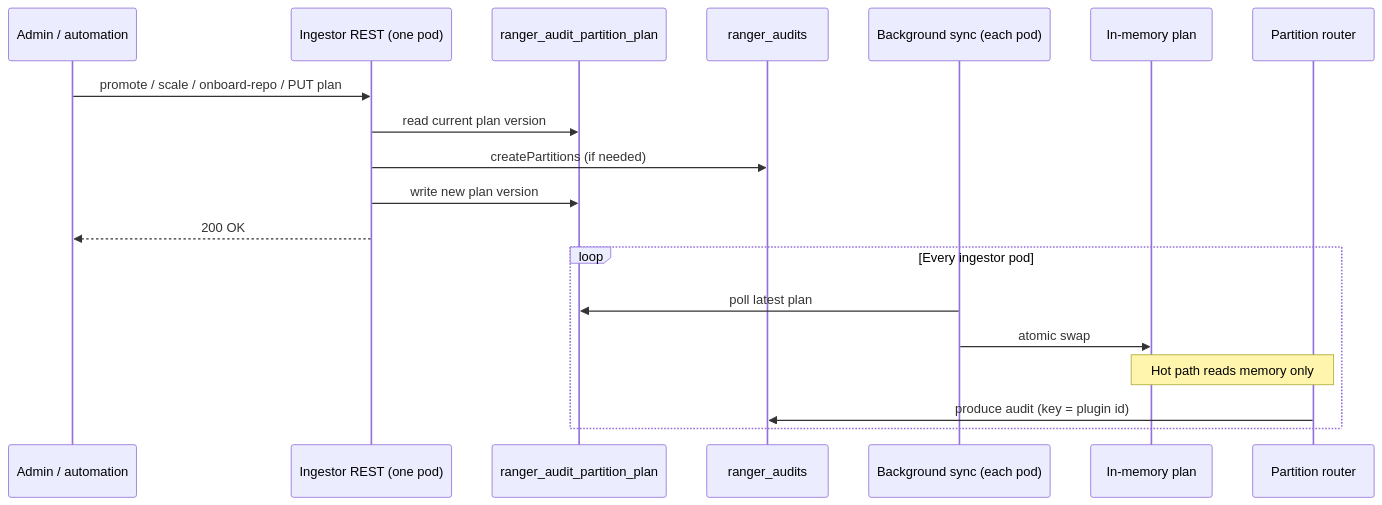
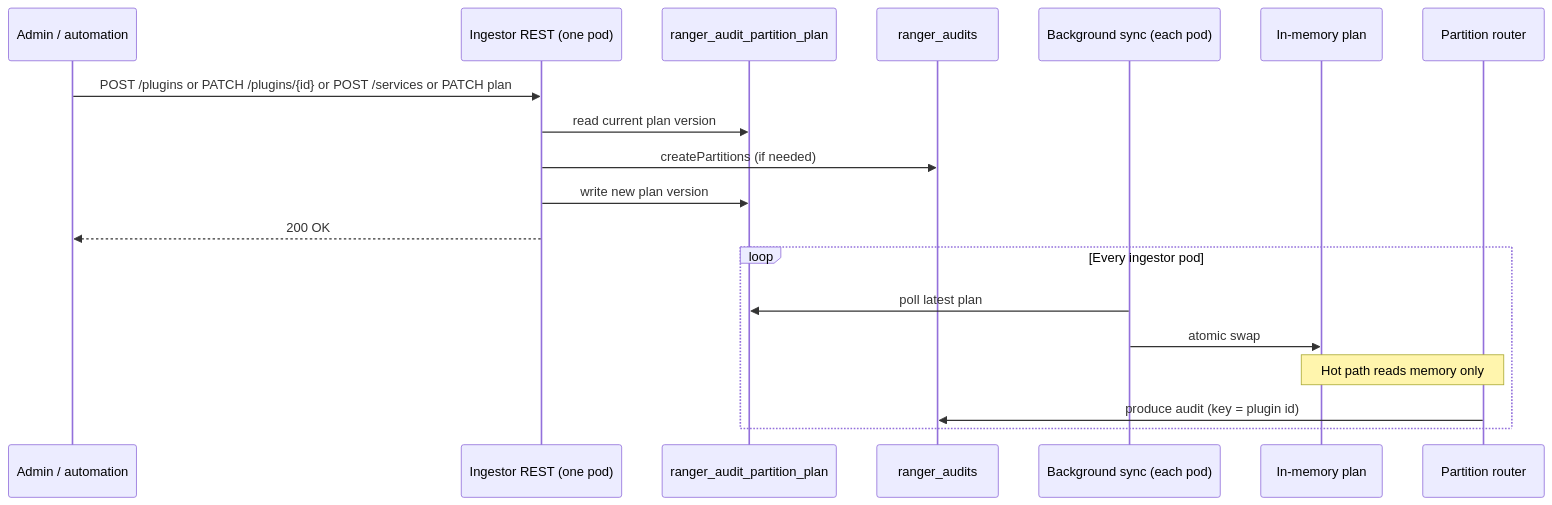
Before and after one commit to ramackri/ranger: the third of 4 diagrams in audit-server/README-KAFKA-DYNAMIC-PARTITIONING-GUIDE.md, drawn with Mermaid. The commit also changed other lines of this file and 50 other files, not shown here.

First line of the commit message:
Refactor partition-plan REST API with PATCH merges and idempotent mutations.

````diff
--- a/audit-server/README-KAFKA-DYNAMIC-PARTITIONING-GUIDE.md
+++ b/audit-server/README-KAFKA-DYNAMIC-PARTITIONING-GUIDE.md
@@ -341,23 +341,23 @@
 ```mermaid
 sequenceDiagram
   participant Admin as Admin / automation
   participant REST as Ingestor REST (one pod)
   participant Plan as ranger_audit_partition_plan
   participant Audit as ranger_audits
   participant W as Background sync (each pod)
   participant Mem as In-memory plan
   participant Part as Partition router
 
-  Admin->>REST: promote / scale / onboard-repo / PUT plan
+  Admin->>REST: POST /plugins or PATCH /plugins/{id} or POST /services or PATCH plan
   REST->>Plan: read current plan version
   REST->>Audit: createPartitions (if needed)
   REST->>Plan: write new plan version
   REST-->>Admin: 200 OK
 
   loop Every ingestor pod
     W->>Plan: poll latest plan
     W->>Mem: atomic swap
     Note over Part,Mem: Hot path reads memory only
     Part->>Audit: produce audit (key = plugin id)
   end
 ```
````
